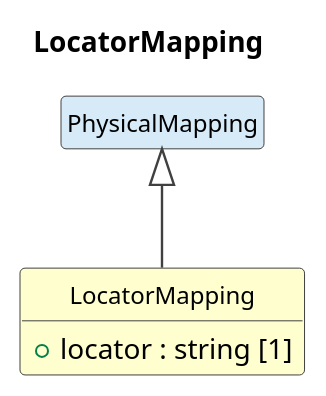
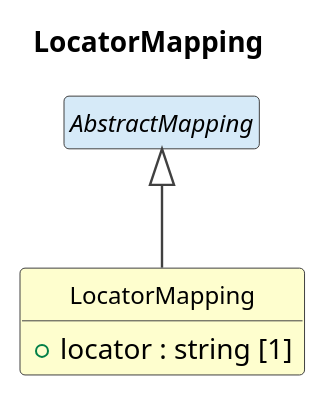
The diagram in cdif-uml-model/BasicDataDescription/Classes/LocatorMapping.pu (Cross-Domain-Interoperability-Framework/metadataBuildingBlocks), drawn with PlantUML before and after one commit. The commit also changed 834 other files, not shown here.

```diff
--- a/cdif-uml-model/BasicDataDescription/Classes/LocatorMapping.pu
+++ b/cdif-uml-model/BasicDataDescription/Classes/LocatorMapping.pu
@@ -1,19 +1,19 @@
 @startuml
 title LocatorMapping
 hide circle
 hide empty members
 skinparam shadowing false
 skinparam ArrowThickness 1.2
 skinparam class {
   ArrowColor #404040
   BorderColor #404040
   FontSize 12
 }
 
 class "LocatorMapping" as LocatorMapping #FEFECE {
   +locator : string [1]
 }
-class "PhysicalMapping" as PhysicalMapping #D6EAF8
-PhysicalMapping <|-- LocatorMapping
+abstract class "AbstractMapping" as AbstractMapping #D6EAF8
+AbstractMapping <|-- LocatorMapping
 
 @enduml
```
